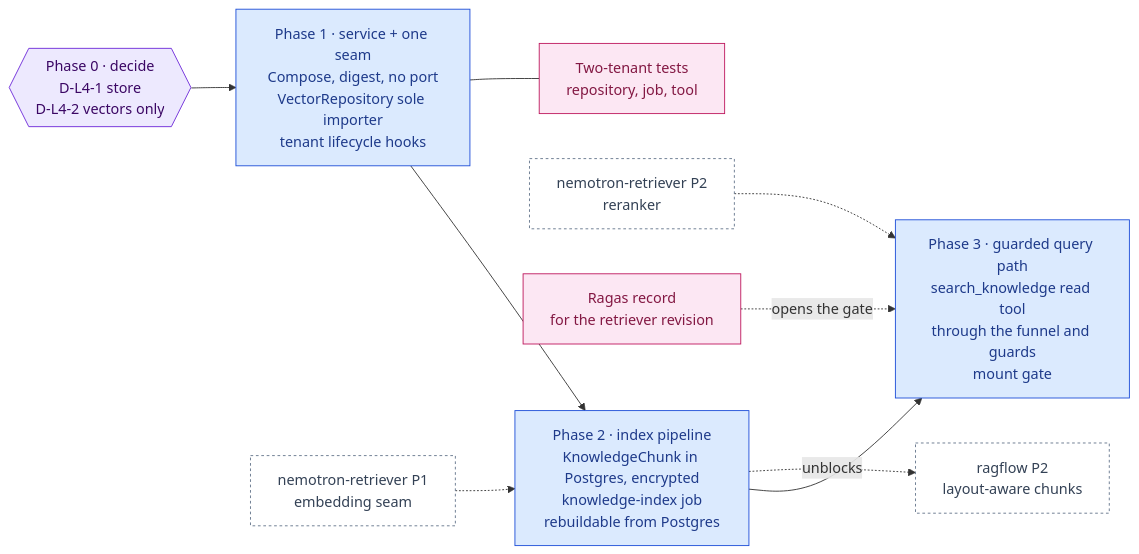
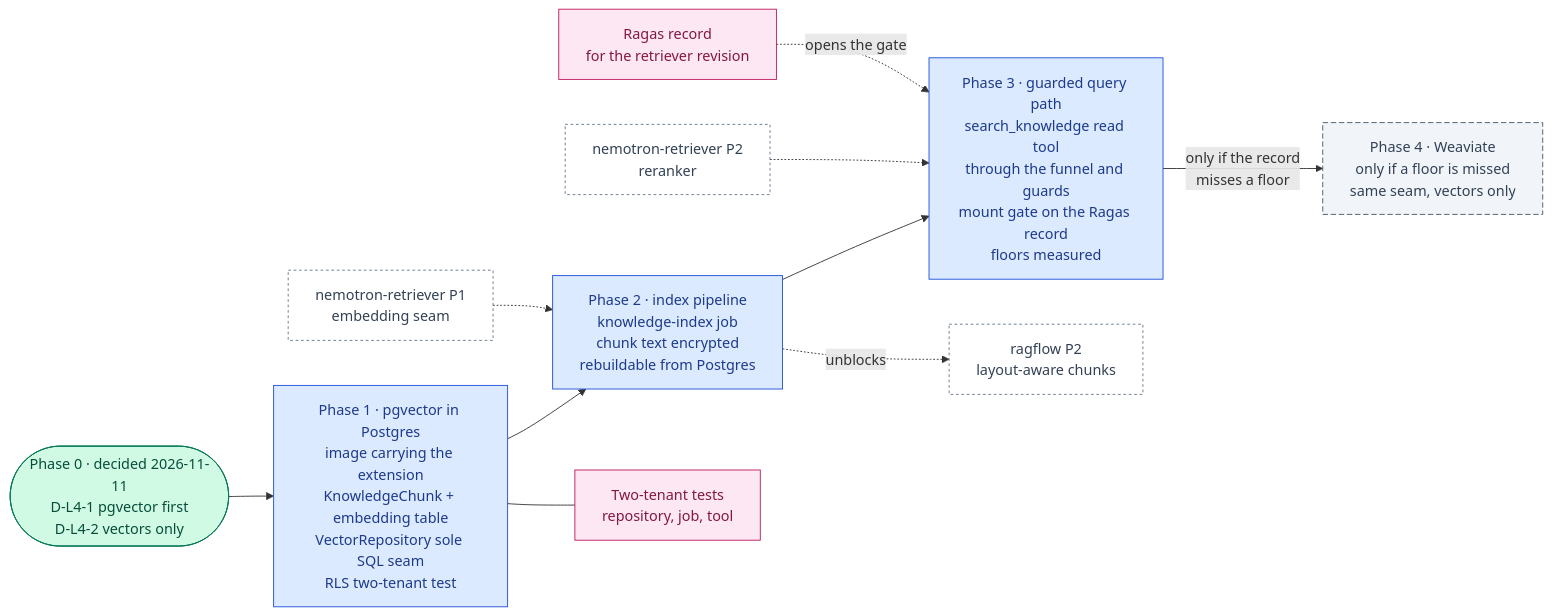
Before and after one commit to RodnaPamet/inflect-compliance: the diagram in docs/ai-architecture/weaviate.md, drawn with Mermaid. The commit also changed other lines of this file and 287 other files, not shown here.

First line of the commit message:
AI roadmap waves 0–1: owner decisions, 22 phases built across 15 roadmaps (#5323)

````diff
--- a/docs/ai-architecture/weaviate.md
+++ b/docs/ai-architecture/weaviate.md
@@ -30,25 +36,28 @@
 ```mermaid
 flowchart LR
-  P0{{"Phase 0 · decide<br/>D-L4-1 store<br/>D-L4-2 vectors only"}}:::gate
-  P1["Phase 1 · service + one seam<br/>Compose, digest, no port<br/>VectorRepository sole importer<br/>tenant lifecycle hooks"]:::todo
-  P2["Phase 2 · index pipeline<br/>KnowledgeChunk in Postgres, encrypted<br/>knowledge-index job<br/>rebuildable from Postgres"]:::todo
-  P3["Phase 3 · guarded query path<br/>search_knowledge read tool<br/>through the funnel and guards<br/>mount gate"]:::todo
+  P0(["Phase 0 · decided 2026-11-11<br/>D-L4-1 pgvector first<br/>D-L4-2 vectors only"]):::done
+  P1["Phase 1 · pgvector in Postgres<br/>image carrying the extension<br/>KnowledgeChunk + embedding table<br/>VectorRepository sole SQL seam<br/>RLS two-tenant test"]:::todo
+  P2["Phase 2 · index pipeline<br/>knowledge-index job<br/>chunk text encrypted<br/>rebuildable from Postgres"]:::todo
+  P3["Phase 3 · guarded query path<br/>search_knowledge read tool<br/>through the funnel and guards<br/>mount gate on the Ragas record<br/>floors measured"]:::todo
+  P4["Phase 4 · Weaviate<br/>only if a floor is missed<br/>same seam, vectors only"]:::optional
   EMB["nemotron-retriever P1<br/>embedding seam"]:::ext
   RER["nemotron-retriever P2<br/>reranker"]:::ext
   REC["Ragas record<br/>for the retriever revision"]:::eval
   RF["ragflow P2<br/>layout-aware chunks"]:::ext
   ISO["Two-tenant tests<br/>repository, job, tool"]:::eval
   P0 --> P1 --> P2 --> P3
+  P3 -->|only if the record<br/>misses a floor| P4
   EMB -.-> P2
   RER -.-> P3
   REC -.->|opens the gate| P3
   P2 -.->|unblocks| RF
   P1 --- ISO
 
   classDef done fill:#d1fae5,stroke:#047857,color:#064e3b
   classDef todo fill:#dbeafe,stroke:#1d4ed8,color:#1e3a8a
   classDef gate fill:#ede9fe,stroke:#6d28d9,color:#3b0764
   classDef ext fill:#ffffff,stroke:#64748b,color:#334155,stroke-dasharray:3 3
   classDef eval fill:#fce7f3,stroke:#be185d,color:#831843
   classDef declined fill:#f3f4f6,stroke:#6b7280,color:#374151,stroke-dasharray:4 3
+  classDef optional fill:#f1f5f9,stroke:#475569,color:#334155,stroke-dasharray:6 3
 ```
````
